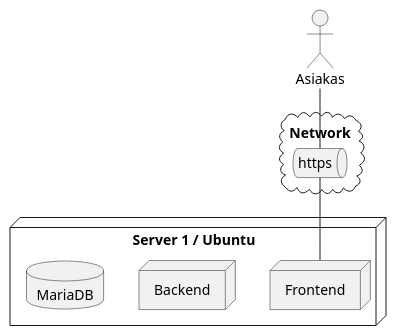
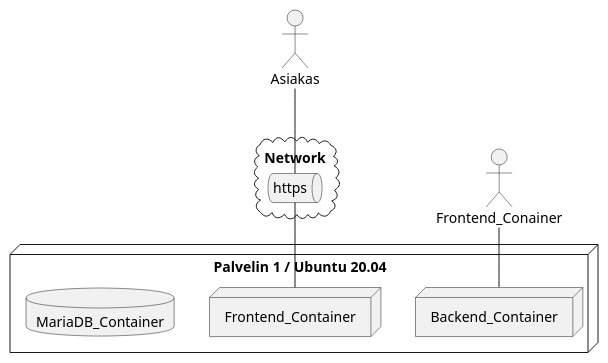
One commit to ninaleo/ransut-core changed the fourth of 5 diagrams in dokumentit/20-Vaatimustenhallinta/vaatimusmaaritely-tiivis.md. Above: the diagram before and after it, drawn with PlantUML. The commit also changed other lines of this file, not shown here.

````diff
--- a/dokumentit/20-Vaatimustenhallinta/vaatimusmaaritely-tiivis.md
+++ b/dokumentit/20-Vaatimustenhallinta/vaatimusmaaritely-tiivis.md
@@ -263,23 +263,24 @@
 ```plantuml
 @startuml
 actor Asiakas
 
 cloud "Network" as net{
 queue "https"{
 }
 }
 
-node "Server 1 / Ubuntu" as csc{ 
-node "Frontend"{ 
+node "Palvelin 1 / Ubuntu 20.04" as AWS{ 
+node "Frontend_Container"{ 
 }
-node "Backend" {
+node "Backend_Container" {
 }
-database "MariaDB" {
+database "MariaDB_Container" {
 }
 
 }
 Asiakas -- https
-https -- Frontend
+https -- Frontend_Container
+Frontend_Conainer -- Backend_Container
 
 @enduml
 ```
````
